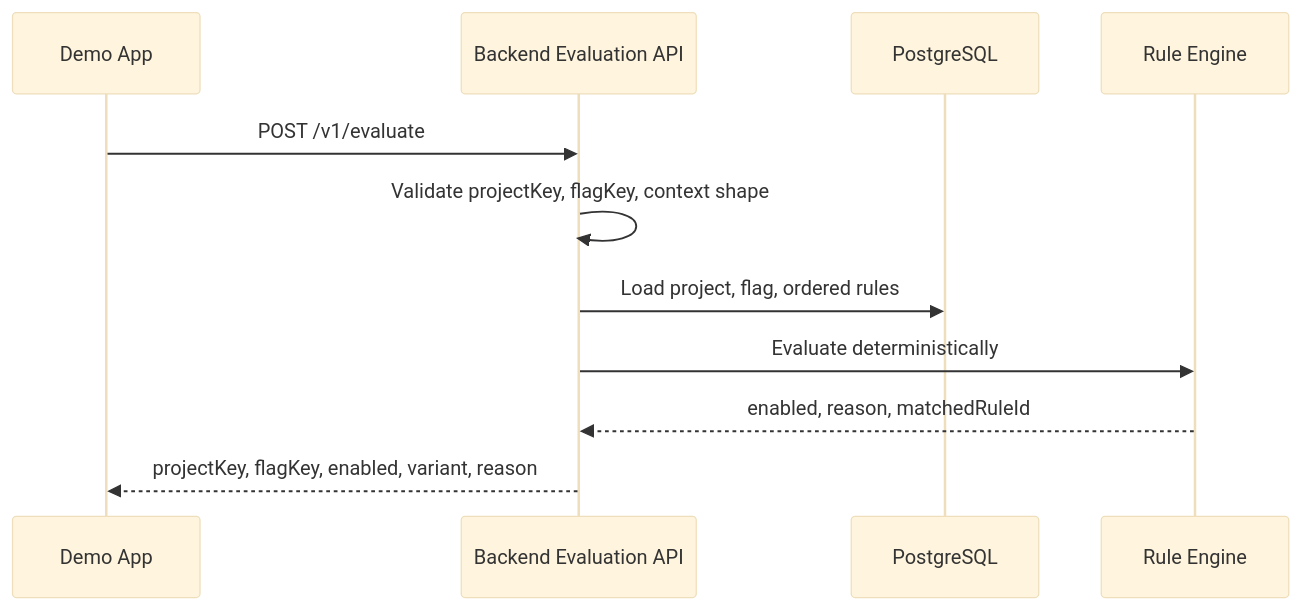
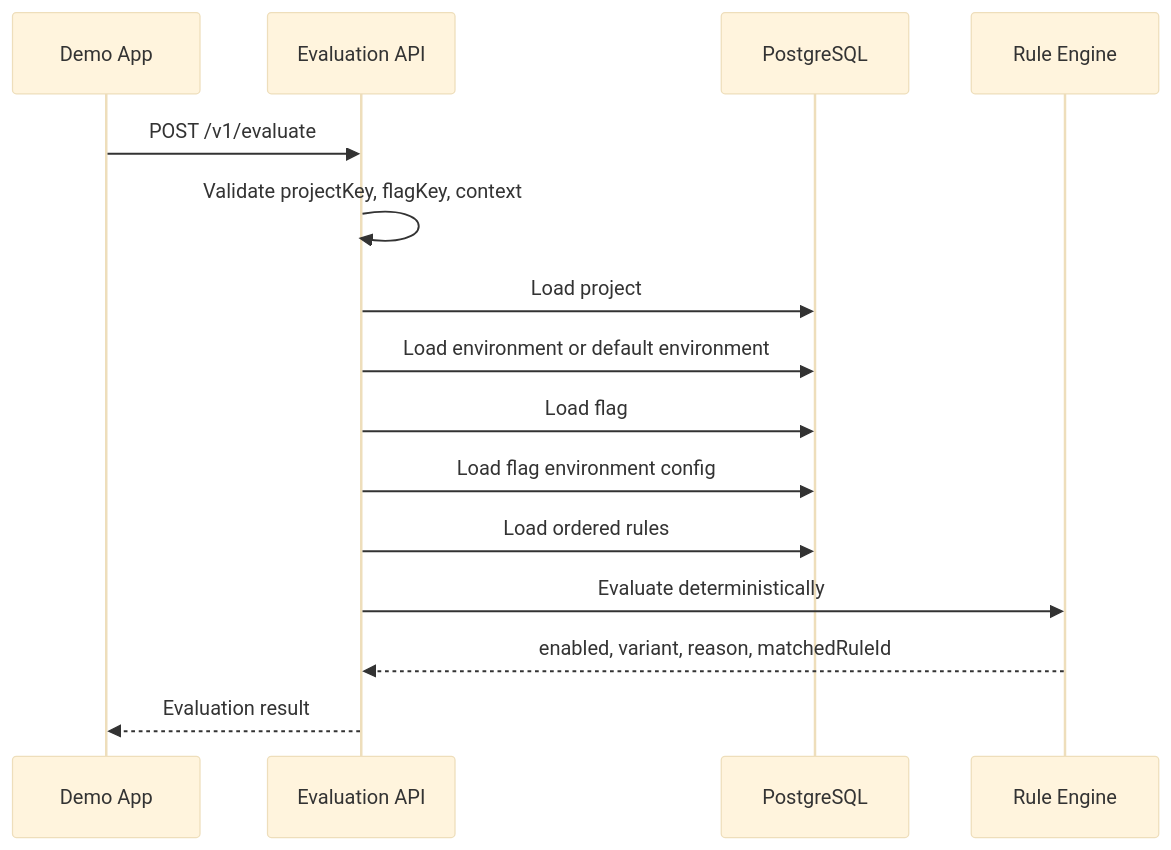
One commit to fabyanbui/feature-flag-platform changed the fifth of 5 diagrams in docs/learning/codebase-map.md. Above: the diagram before and after it, drawn with Mermaid (base theme). The commit also changed other lines of this file, not shown here.

````diff
--- a/docs/learning/codebase-map.md
+++ b/docs/learning/codebase-map.md
@@ -771,14 +904,18 @@
 ```mermaid
 sequenceDiagram
   participant Demo as Demo App
-  participant Eval as Backend Evaluation API
+  participant Eval as Evaluation API
   participant DB as PostgreSQL
   participant Engine as Rule Engine
 
   Demo->>Eval: POST /v1/evaluate
-  Eval->>Eval: Validate projectKey, flagKey, context shape
-  Eval->>DB: Load project, flag, ordered rules
+  Eval->>Eval: Validate projectKey, flagKey, context
+  Eval->>DB: Load project
+  Eval->>DB: Load environment or default environment
+  Eval->>DB: Load flag
+  Eval->>DB: Load flag environment config
+  Eval->>DB: Load ordered rules
   Eval->>Engine: Evaluate deterministically
-  Engine-->>Eval: enabled, reason, matchedRuleId
-  Eval-->>Demo: projectKey, flagKey, enabled, variant, reason
+  Engine-->>Eval: enabled, variant, reason, matchedRuleId
+  Eval-->>Demo: Evaluation result
 ```
````
